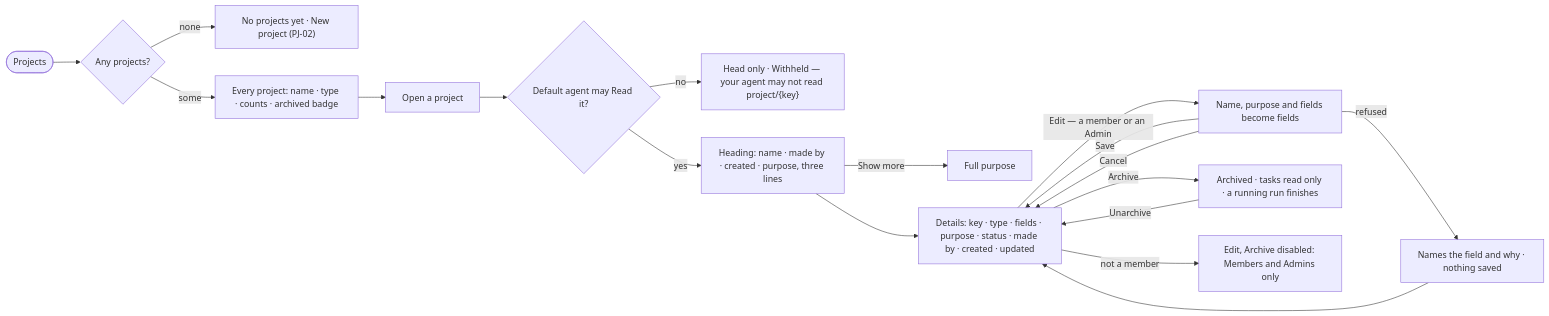
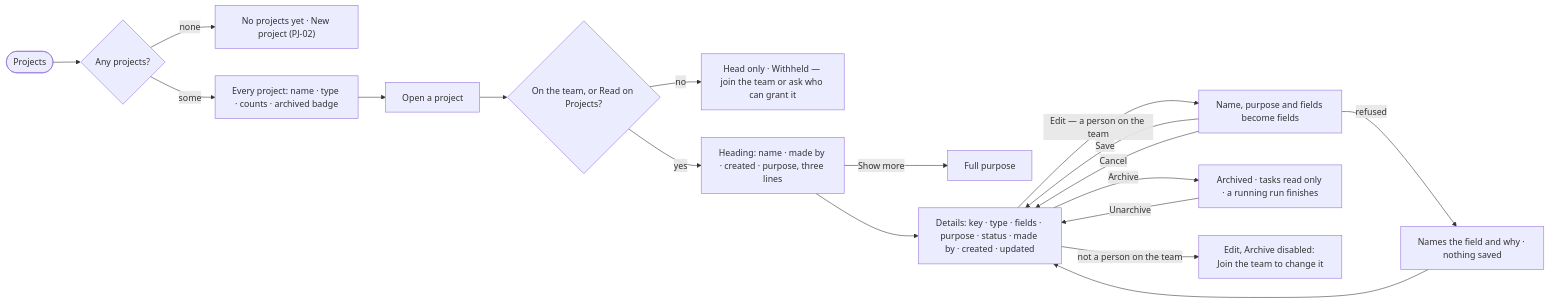
The diagram in specs/capabilities/projects/features/PJ-F01-projects-and-tasks/stories/PJ-01-see-every-project-and-open-one/story.md (invana/invana), drawn with Mermaid before and after one commit. The commit also changed other lines of this file and 106 other files, not shown here.

````diff
--- a/specs/capabilities/projects/features/PJ-F01-projects-and-tasks/stories/PJ-01-see-every-project-and-open-one/story.md
+++ b/specs/capabilities/projects/features/PJ-F01-projects-and-tasks/stories/PJ-01-see-every-project-and-open-one/story.md
@@ -30,19 +30,19 @@
 ```mermaid
 flowchart LR
   s([Projects]) --> any{"Any projects?"}
   any -->|none| e["No projects yet · New project (PJ-02)"]
   any -->|some| l["Every project: name · type · counts · archived badge"]
   l --> o["Open a project"]
-  o --> rd{"Default agent may Read it?"}
-  rd -->|no| wh["Head only · Withheld — your agent may not read project/{key}"]
+  o --> rd{"On the team, or Read on Projects?"}
+  rd -->|no| wh["Head only · Withheld — join the team or ask who can grant it"]
   rd -->|yes| h["Heading: name · made by · created · purpose, three lines"]
   h -->|Show more| h2["Full purpose"]
   h --> d["Details: key · type · fields · purpose · status · made by · created · updated"]
-  d -->|Edit — a member or an Admin| ed["Name, purpose and fields become fields"]
+  d -->|Edit — a person on the team| ed["Name, purpose and fields become fields"]
   ed -->|Save| d
   ed -->|Cancel| d
   ed -->|refused| r["Names the field and why · nothing saved"] --> d
   d -->|Archive| ar["Archived · tasks read only · a running run finishes"]
   ar -->|Unarchive| d
-  d -->|not a member| na["Edit, Archive disabled: Members and Admins only"]
+  d -->|not a person on the team| na["Edit, Archive disabled: Join the team to change it"]
 ```
````
